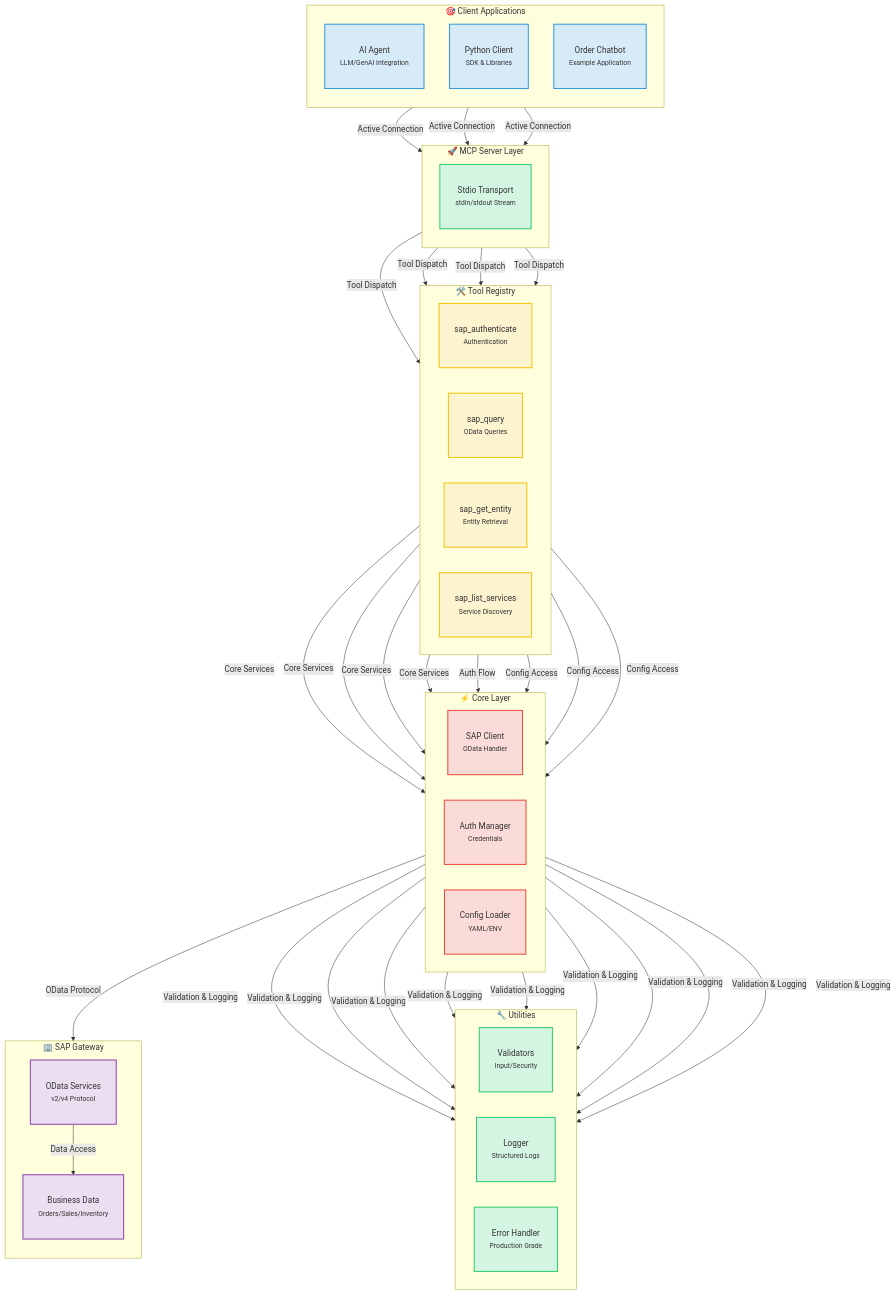
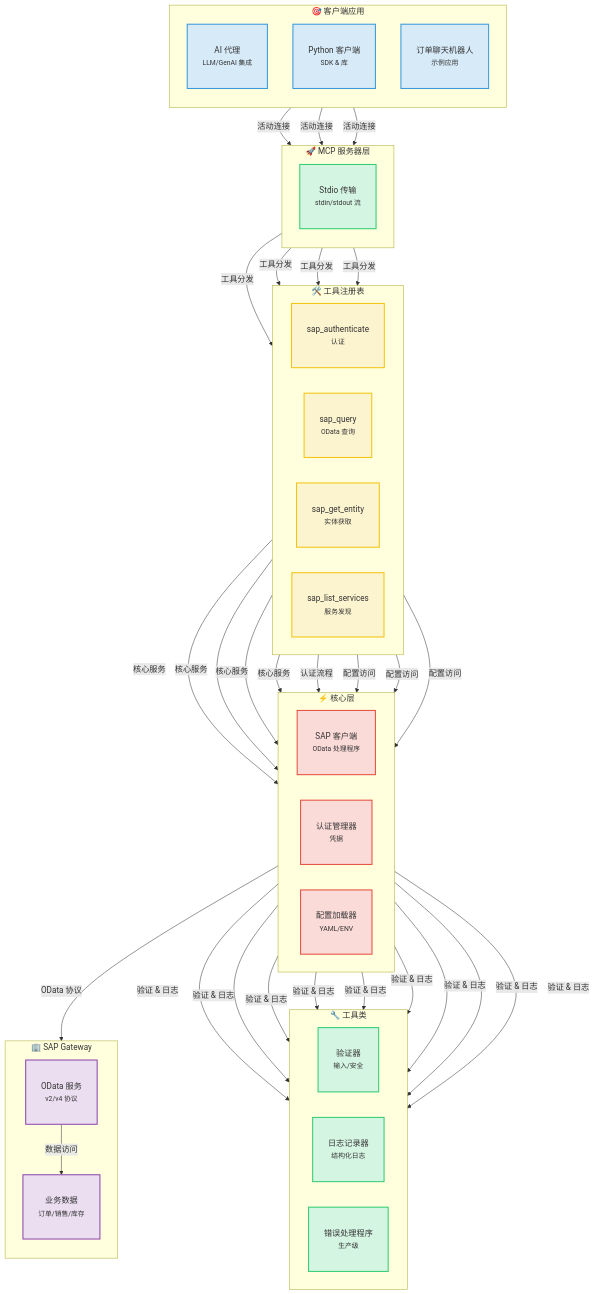
One commit to midasol/sap-mcp-server changed the first of 5 diagrams in README.zh-CN.md. Above: the diagram before and after it, drawn with Mermaid. The commit also changed other lines of this file and 7 other files, not shown here.

````diff
--- a/README.zh-CN.md
+++ b/README.zh-CN.md
@@ -41,66 +120,66 @@
 ```mermaid
 graph TB
-    subgraph clients["🎯 Client Applications"]
+    subgraph clients["🎯 客户端应用"]
         direction TB
-        A1["AI Agent<br/><small>LLM/GenAI Integration</small>"]
-        A2["Python Client<br/><small>SDK & Libraries</small>"]
-        A3["Order Chatbot<br/><small>Example Application</small>"]
+        A1["AI 代理<br/><small>LLM/GenAI 集成</small>"]
+        A2["Python 客户端<br/><small>SDK & 库</small>"]
+        A3["订单聊天机器人<br/><small>示例应用</small>"]
     end
 
-    subgraph transport["🚀 MCP Server Layer"]
+    subgraph transport["🚀 MCP 服务器层"]
         direction TB
-        B1["Stdio Transport<br/><small>stdin/stdout Stream</small>"]
+        B1["Stdio 传输<br/><small>stdin/stdout 流</small>"]
     end
 
-    subgraph registry["🛠️ Tool Registry"]
+    subgraph registry["🛠️ 工具注册表"]
         direction LR
-        C1["sap_authenticate<br/><small>Authentication</small>"]
-        C2["sap_query<br/><small>OData Queries</small>"]
-        C3["sap_get_entity<br/><small>Entity Retrieval</small>"]
-        C4["sap_list_services<br/><small>Service Discovery</small>"]
+        C1["sap_authenticate<br/><small>认证</small>"]
+        C2["sap_query<br/><small>OData 查询</small>"]
+        C3["sap_get_entity<br/><small>实体获取</small>"]
+        C4["sap_list_services<br/><small>服务发现</small>"]
     end
 
-    subgraph core["⚡ Core Layer"]
+    subgraph core["⚡ 核心层"]
         direction LR
-        D1["SAP Client<br/><small>OData Handler</small>"]
-        D2["Auth Manager<br/><small>Credentials</small>"]
-        D3["Config Loader<br/><small>YAML/ENV</small>"]
+        D1["SAP 客户端<br/><small>OData 处理程序</small>"]
+        D2["认证管理器<br/><small>凭据</small>"]
+        D3["配置加载器<br/><small>YAML/ENV</small>"]
     end
 
-    subgraph utils["🔧 Utilities"]
+    subgraph utils["🔧 工具类"]
         direction LR
-        E1["Validators<br/><small>Input/Security</small>"]
-        E2["Logger<br/><small>Structured Logs</small>"]
-        E3["Error Handler<br/><small>Production Grade</small>"]
+        E1["验证器<br/><small>输入/安全</small>"]
+        E2["日志记录器<br/><small>结构化日志</small>"]
+        E3["错误处理程序<br/><small>生产级</small>"]
     end
 
     subgraph sap["🏢 SAP Gateway"]
         direction TB
-        F1["OData Services<br/><small>v2/v4 Protocol</small>"]
-        F2["Business Data<br/><small>Orders/Sales/Inventory</small>"]
+        F1["OData 服务<br/><small>v2/v4 协议</small>"]
+        F2["业务数据<br/><small>订单/销售/库存</small>"]
     end
 
-    A1 & A2 & A3 -->|Active Connection| B1
-    B1 -->|Tool Dispatch| C1 & C2 & C3 & C4
-    C1 & C2 & C3 & C4 -->|Core Services| D1
-    C1 -->|Auth Flow| D2
-    C2 & C3 & C4 -->|Config Access| D3
-    D1 & D2 & D3 -->|Validation & Logging| E1 & E2 & E3
-    D1 -->|OData Protocol| F1
-    F1 -->|Data Access| F2
+    A1 & A2 & A3 -->|活动连接| B1
+    B1 -->|工具分发| C1 & C2 & C3 & C4
+    C1 & C2 & C3 & C4 -->|核心服务| D1
+    C1 -->|认证流程| D2
+    C2 & C3 & C4 -->|配置访问| D3
+    D1 & D2 & D3 -->|验证 & 日志| E1 & E2 & E3
+    D1 -->|OData 协议| F1
+    F1 -->|数据访问| F2
 
     classDef clientNode fill:#D6EAF8,stroke:#3498DB,stroke-width:2px,padding:20px
     classDef transportNode fill:#D5F5E3,stroke:#2ECC71,stroke-width:2px,padding:20px
     classDef futureNode fill:#E8E8E8,stroke:#999999,stroke-width:2px,stroke-dasharray:5 5
     classDef toolNode fill:#FCF3CF,stroke:#F1C40F,stroke-width:2px,padding:20px
     classDef coreNode fill:#FADBD8,stroke:#E74C3C,stroke-width:2px,padding:20px
     classDef utilNode fill:#D5F5E3,stroke:#2ECC71,stroke-width:2px,padding:20px
     classDef sapNode fill:#EBDEF0,stroke:#8E44AD,stroke-width:2px,padding:20px
 
     class A1,A2,A3 clientNode
     class B1 transportNode
     class C1,C2,C3,C4 toolNode
     class D1,D2,D3 coreNode
     class E1,E2,E3 utilNode
     class F1,F2 sapNode
 ```
````
